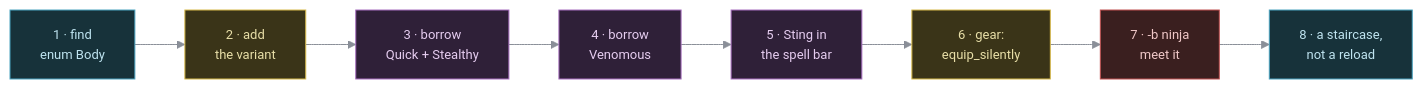
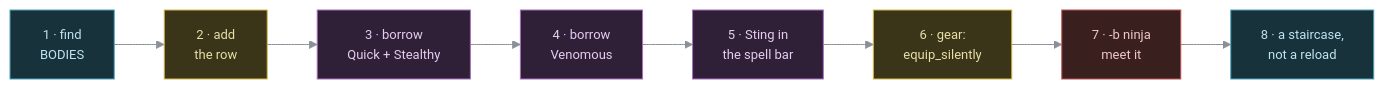
Before and after one commit to bae-alves/nihilurk: the diagram in docs/tutorial/add-your-first-body.md, drawn with Mermaid. The commit also changed other lines of this file and 10 other files, not shown here.

First line of the commit message:
Bodies: a row per body, no Body::Nihil or Body::Lurk

````diff
--- a/docs/tutorial/add-your-first-body.md
+++ b/docs/tutorial/add-your-first-body.md
@@ -16,19 +16,19 @@
 ```mermaid
 %%{init: {'theme':'base','themeVariables':{
   'primaryColor':'#20242b','primaryTextColor':'#d7dae0',
   'primaryBorderColor':'#5c6370','lineColor':'#8a8f98',
   'fontFamily':'ui-monospace, SFMono-Regular, Menlo, monospace',
   'fontSize':'13px'}}}%%
 flowchart LR
-  S1["1 · find<br/>enum Body"]:::cold --> S2["2 · add<br/>the variant"]:::hero
+  S1["1 · find<br/>BODIES"]:::cold --> S2["2 · add<br/>the row"]:::hero
   S2 --> S3["3 · borrow<br/>Quick + Stealthy"]:::magic
   S3 --> S4["4 · borrow<br/>Venomous"]:::magic
   S4 --> S5["5 · Sting in<br/>the spell bar"]:::magic
   S5 --> S6["6 · gear:<br/>equip_silently"]:::hero
   S6 --> S7["7 · -b ninja<br/>meet it"]:::peril
   S7 --> S8["8 · a staircase,<br/>not a reload"]:::cold
   classDef hero fill:#3a3418,stroke:#d7ba4a,color:#e8dfa8
   classDef peril fill:#3a1f1f,stroke:#c05050,color:#f0c8c8
   classDef magic fill:#2f2038,stroke:#a86fc0,color:#e6cdf0
   classDef cold  fill:#17323a,stroke:#4aa3c0,color:#bfe4f0
 ```
````
